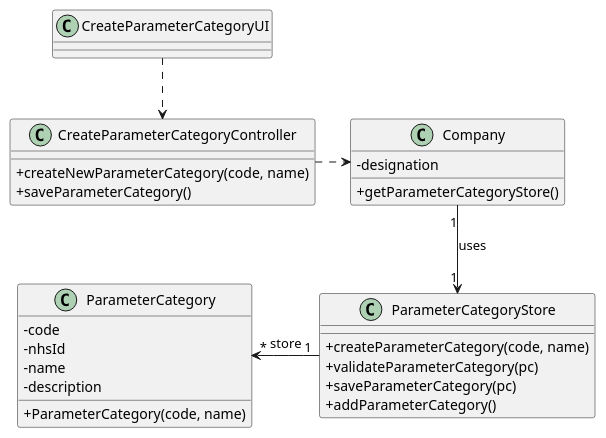
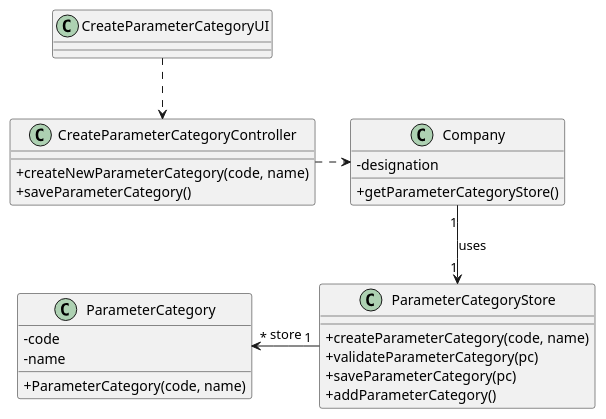
The diagram in docs/SprintB/US11/UC11_CD.puml (GuilhermeCunha79/lapr2), drawn with PlantUML before and after one commit. The commit also changed 6 other files, not shown here.

Commit message:
[US-11] - commit introduces minor changes to the UC11 Class Diagram [Implementation] - commit introduces 4 new classes to implement US11 functionalities with "all" methods created

```diff
--- a/docs/SprintB/US11/UC11_CD.puml
+++ b/docs/SprintB/US11/UC11_CD.puml
@@ -1,38 +1,36 @@
 @startuml
 skinparam classAttributeIconSize 0
 
 class CreateParameterCategoryUI{
 }
 
 class CreateParameterCategoryController
 {
     +createNewParameterCategory(code, name)
     +saveParameterCategory()
 }
 
 class ParameterCategory{
     -code
-    -nhsId
     -name
-    -description
     +ParameterCategory(code, name)
 }
 
 class Company{
 	-designation
 	+getParameterCategoryStore()
 }
 
 class ParameterCategoryStore{
     +createParameterCategory(code, name)
     +validateParameterCategory(pc)
     +saveParameterCategory(pc)
     +addParameterCategory()
 }
 
 CreateParameterCategoryUI ..> CreateParameterCategoryController
 CreateParameterCategoryController .right.> Company
 Company"1" --> "1"ParameterCategoryStore : uses
 ParameterCategoryStore"1" -left-> "*"ParameterCategory : store
 
 @enduml
```
